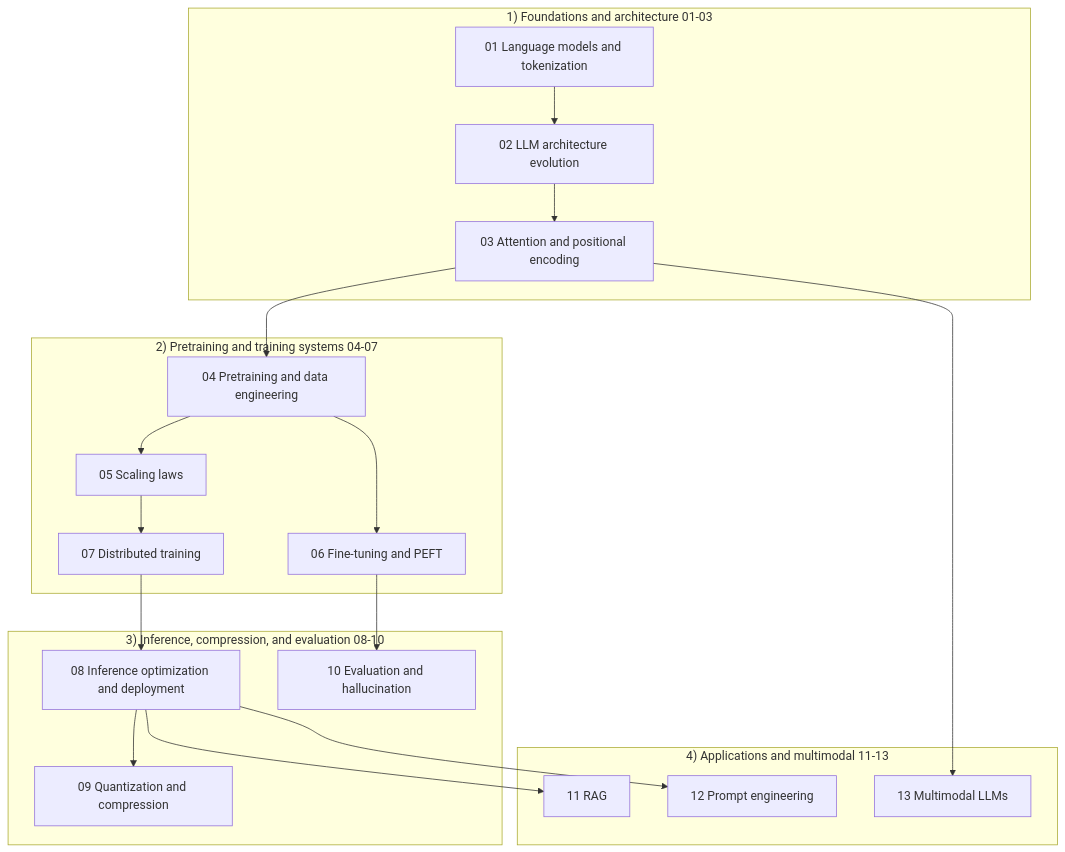
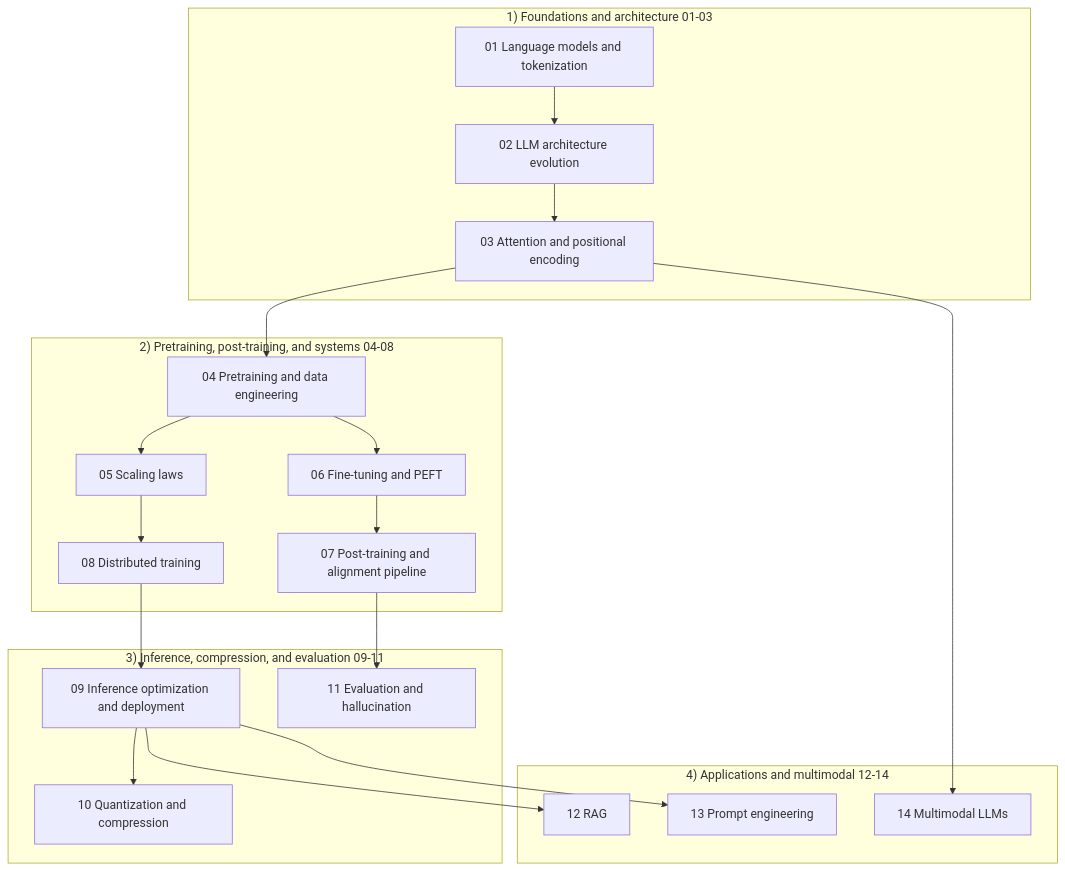
One commit to chua5683/MLE_Learnings changed the diagram in docs/04-llm/README.md. Above: the diagram before and after it, drawn with Mermaid. The commit also changed other lines of this file and 54 other files, not shown here.

Commit message:
Fix GitBook KaTeX display errors and add LLM post-training pipeline chapter

````diff
--- a/docs/04-llm/README.md
+++ b/docs/04-llm/README.md
@@ -7,32 +7,33 @@
 ```mermaid
 flowchart TB
     subgraph S1["1) Foundations and architecture 01-03"]
         A1["01 Language models and tokenization"]
         A2["02 LLM architecture evolution"]
         A3["03 Attention and positional encoding"]
     end
-    subgraph S2["2) Pretraining and training systems 04-07"]
+    subgraph S2["2) Pretraining, post-training, and systems 04-08"]
         A4["04 Pretraining and data engineering"]
         A5["05 Scaling laws"]
         A6["06 Fine-tuning and PEFT"]
-        A7["07 Distributed training"]
+        A7["07 Post-training and alignment pipeline"]
+        A8["08 Distributed training"]
     end
-    subgraph S3["3) Inference, compression, and evaluation 08-10"]
-        A8["08 Inference optimization and deployment"]
-        A9["09 Quantization and compression"]
-        A10["10 Evaluation and hallucination"]
+    subgraph S3["3) Inference, compression, and evaluation 09-11"]
+        A9["09 Inference optimization and deployment"]
+        A10["10 Quantization and compression"]
+        A11["11 Evaluation and hallucination"]
     end
-    subgraph S4["4) Applications and multimodal 11-13"]
-        A11["11 RAG"]
-        A12["12 Prompt engineering"]
-        A13["13 Multimodal LLMs"]
+    subgraph S4["4) Applications and multimodal 12-14"]
+        A12["12 RAG"]
+        A13["13 Prompt engineering"]
+        A14["14 Multimodal LLMs"]
     end
     A1 --> A2 --> A3
-    A3 --> A4 --> A5 --> A7
-    A4 --> A6
-    A7 --> A8 --> A9
-    A6 --> A10
-    A8 --> A11
-    A8 --> A12
-    A3 --> A13
+    A3 --> A4 --> A5 --> A8
+    A4 --> A6 --> A7
+    A8 --> A9 --> A10
+    A7 --> A11
+    A9 --> A12
+    A9 --> A13
+    A3 --> A14
 ```
````
